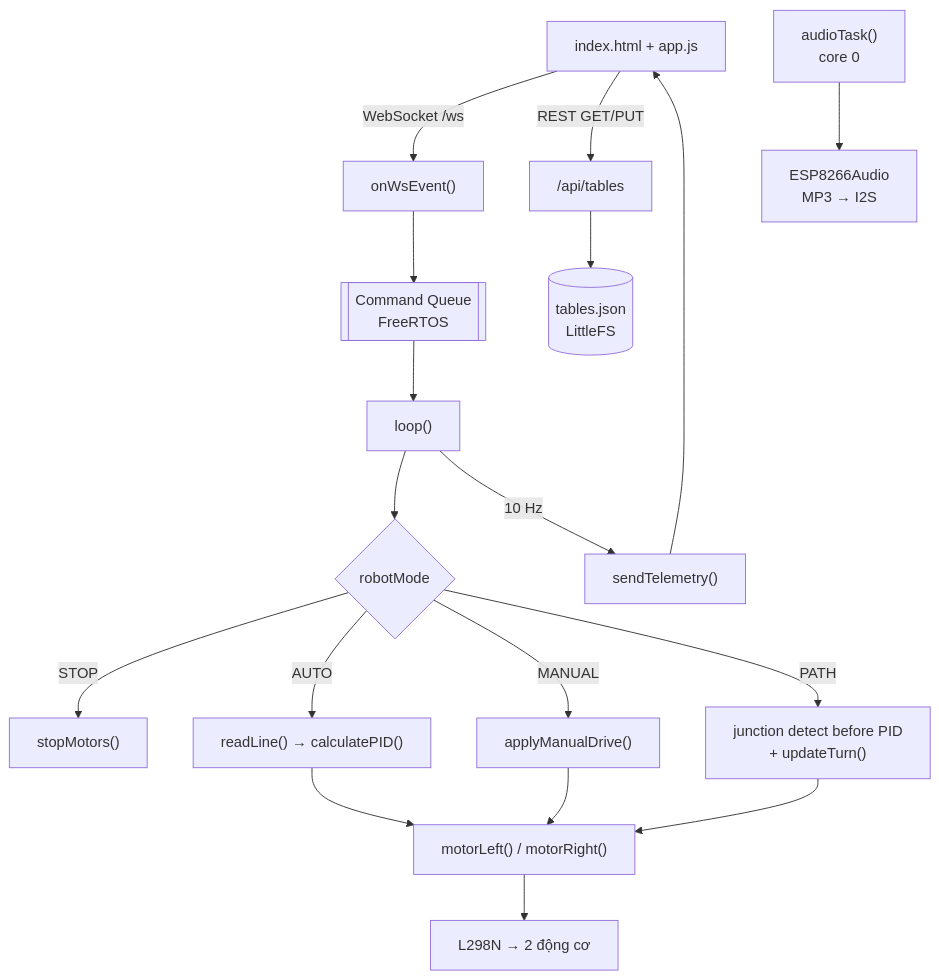
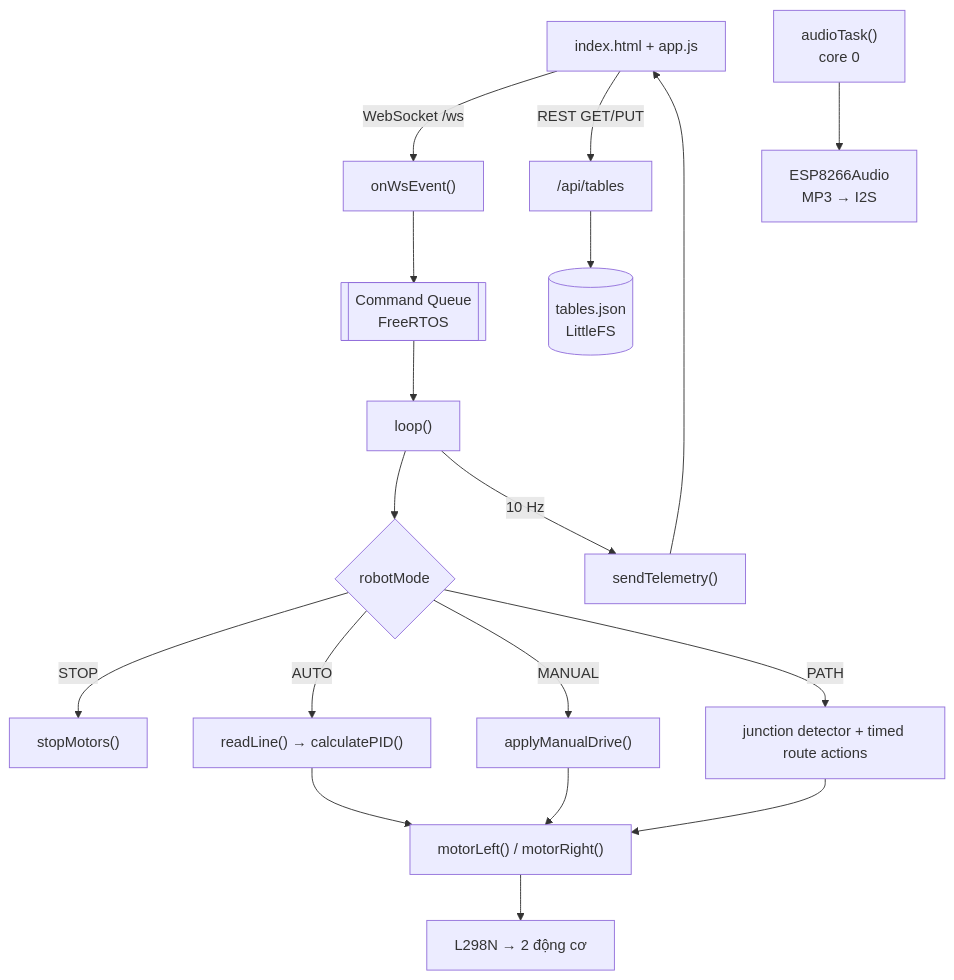
One commit to FLG-FelixLight/robot changed the second of 6 diagrams in BAO_CAO_SO_BO.md. Above: the diagram before and after it, drawn with Mermaid. The commit also changed other lines of this file and 19 other files, not shown here.

````diff
--- a/BAO_CAO_SO_BO.md
+++ b/BAO_CAO_SO_BO.md
@@ -104,25 +104,25 @@
 ```mermaid
 flowchart TB
     UI["index.html + app.js"] -->|"WebSocket /ws"| WS["onWsEvent()"]
     UI -->|"REST GET/PUT"| API["/api/tables"]
     API --> TBL[("tables.json<br/>LittleFS")]
 
     WS --> Q[["Command Queue<br/>FreeRTOS"]]
     Q --> LOOP["loop()"]
 
     LOOP --> MODE{"robotMode"}
     MODE -->|"STOP"| STOP["stopMotors()"]
     MODE -->|"AUTO"| PID["readLine() → calculatePID()"]
     MODE -->|"MANUAL"| MAN["applyManualDrive()"]
-    MODE -->|"PATH"| JUNC["junction detect before PID<br/>+ updateTurn()"]
+    MODE -->|"PATH"| JUNC["junction detector + timed route actions"]
 
     PID --> MOT["motorLeft() / motorRight()"]
     MAN --> MOT
     JUNC --> MOT
     MOT --> HW["L298N → 2 động cơ"]
 
     LOOP -->|"10 Hz"| TEL["sendTelemetry()"]
     TEL --> UI
 
     CMD["audioTask()<br/>core 0"] --> MP3["ESP8266Audio<br/>MP3 → I2S"]
 ```
````
